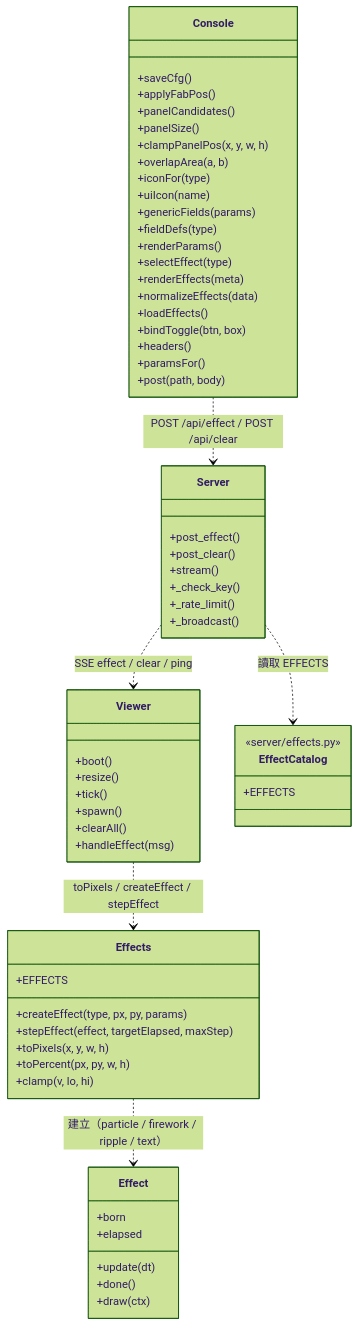
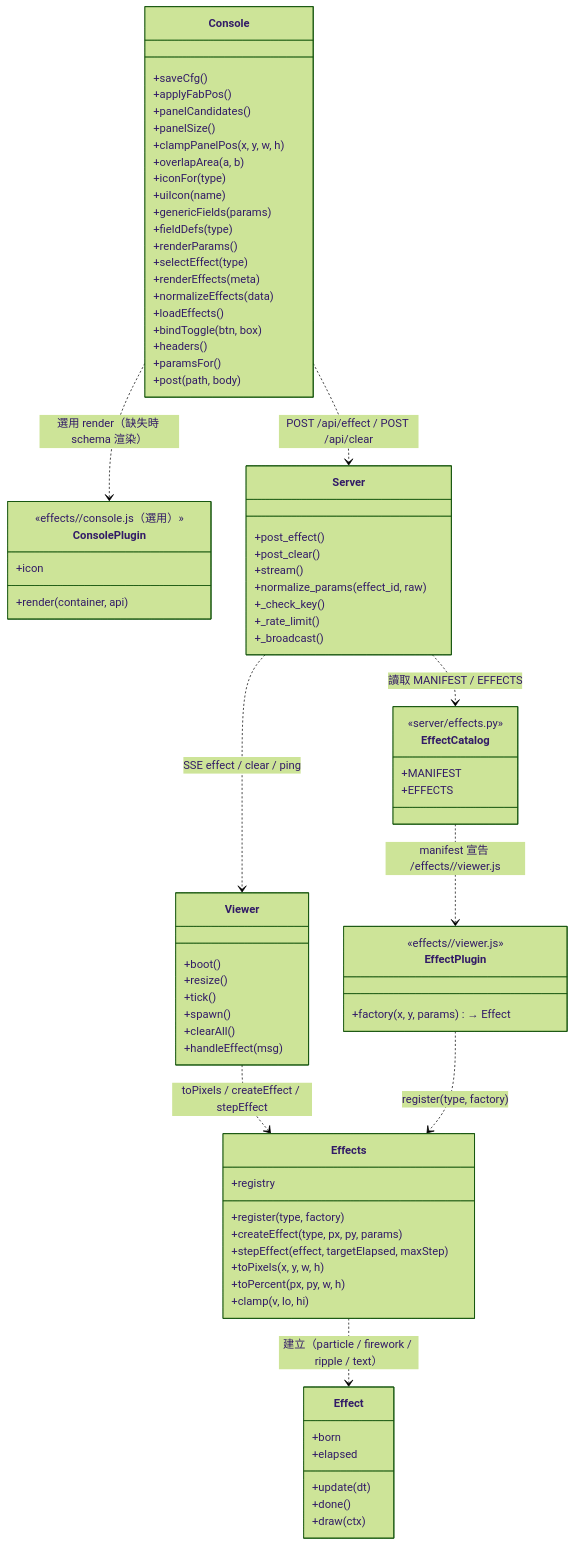
Before and after one commit to zivngit/Real-time-Interaction-html: the fifth of 6 diagrams in docs/agents/CALL_GRAPH.md, drawn with Mermaid (forest theme). The commit also changed other lines of this file and 18 other files, not shown here.

First line of the commit message:
feat(effects): 插件化 effects JSON manifest 與 viewer/console plugins

````diff
--- a/docs/agents/CALL_GRAPH.md
+++ b/docs/agents/CALL_GRAPH.md
@@ -139,64 +148,79 @@
 ```mermaid
 classDiagram
     class Effects {
-        +EFFECTS
+        +registry
+        +register(type, factory)
         +createEffect(type, px, py, params)
         +stepEffect(effect, targetElapsed, maxStep)
         +toPixels(x, y, w, h)
         +toPercent(px, py, w, h)
         +clamp(v, lo, hi)
+    }
+    class EffectPlugin {
+        <<effects/<id>/viewer.js>>
+        +factory(x, y, params) → Effect
+    }
+    class ConsolePlugin {
+        <<effects/<id>/console.js（選用）>>
+        +icon
+        +render(container, api)
     }
     class Effect {
         +update(dt)
         +done()
         +draw(ctx)
         +born
         +elapsed
     }
     class Viewer {
         +boot()
         +resize()
         +tick()
         +spawn()
         +clearAll()
         +handleEffect(msg)
     }
     class EffectCatalog {
         <<server/effects.py>>
+        +MANIFEST
         +EFFECTS
     }
     class Server {
         +post_effect()
         +post_clear()
         +stream()
+        +normalize_params(effect_id, raw)
         +_check_key()
         +_rate_limit()
         +_broadcast()
     }
     class Console {
         +saveCfg()
         +applyFabPos()
         +panelCandidates()
         +panelSize()
         +clampPanelPos(x, y, w, h)
         +overlapArea(a, b)
         +iconFor(type)
         +uiIcon(name)
         +genericFields(params)
         +fieldDefs(type)
         +renderParams()
         +selectEffect(type)
         +renderEffects(meta)
         +normalizeEffects(data)
         +loadEffects()
         +bindToggle(btn, box)
         +headers()
         +paramsFor()
         +post(path, body)
     }
     Viewer ..> Effects : toPixels / createEffect / stepEffect
+    EffectPlugin ..> Effects : register(type, factory)
     Effects ..> Effect : 建立（particle / firework / ripple / text）
+    Console ..> ConsolePlugin : 選用 render（缺失時 schema 渲染）
     Console ..> Server : POST /api/effect / POST /api/clear
-    Server ..> EffectCatalog : 讀取 EFFECTS
+    Server ..> EffectCatalog : 讀取 MANIFEST / EFFECTS
+    EffectCatalog ..> EffectPlugin : manifest 宣告 /effects/<id>/viewer.js
     Server ..> Viewer : SSE effect / clear / ping
 ```
````
